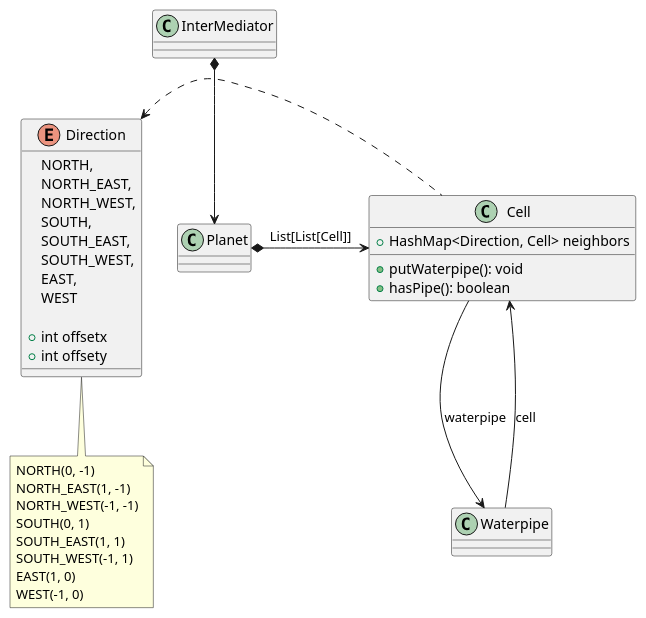
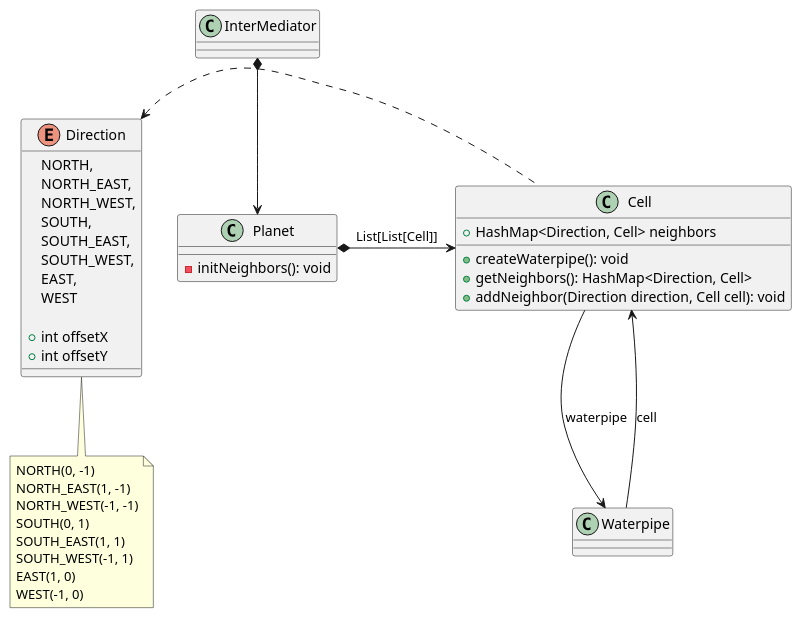
One commit to LEBOCQTitouan/ia-ensicaen-colonisation changed the diagram in uml/class diagram/model/Waterpipes.puml. Above: the diagram before and after it, drawn with PlantUML. The commit also changed 6 other files, not shown here.

```diff
--- a/uml/class diagram/model/Waterpipes.puml
+++ b/uml/class diagram/model/Waterpipes.puml
@@ -1,47 +1,50 @@
 @startuml
 'https://plantuml.com/class-diagram
 
 class InterMediator
-class Planet
+class Planet {
+    - initNeighbors(): void
+}
 class Cell {
     + HashMap<Direction, Cell> neighbors
-    + putWaterpipe(): void
-    + hasPipe(): boolean
+    + createWaterpipe(): void
+    + getNeighbors(): HashMap<Direction, Cell>
+    + addNeighbor(Direction direction, Cell cell): void
 }
 
 class Waterpipe
 
 
 enum Direction {
     NORTH,
     NORTH_EAST,
     NORTH_WEST,
     SOUTH,
     SOUTH_EAST,
     SOUTH_WEST,
     EAST,
     WEST
 
-    + int offsetx
-    + int offsety
+    + int offsetX
+    + int offsetY
 }
 note bottom of Direction
     NORTH(0, -1)
     NORTH_EAST(1, -1)
     NORTH_WEST(-1, -1)
     SOUTH(0, 1)
     SOUTH_EAST(1, 1)
     SOUTH_WEST(-1, 1)
     EAST(1, 0)
     WEST(-1, 0)
 end note
 
 Direction <. Cell
 
 InterMediator *--> Planet
 Waterpipe --> Cell : cell
 Cell --> Waterpipe : waterpipe
 Planet *-> Cell : List[List[Cell]]
 
 
 @enduml
```
